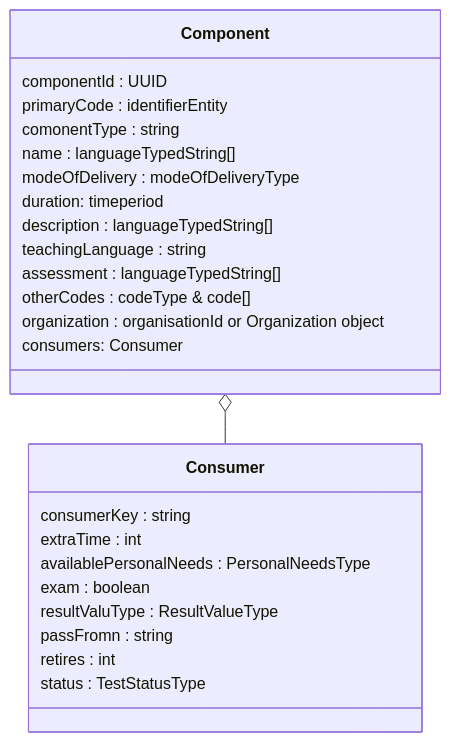
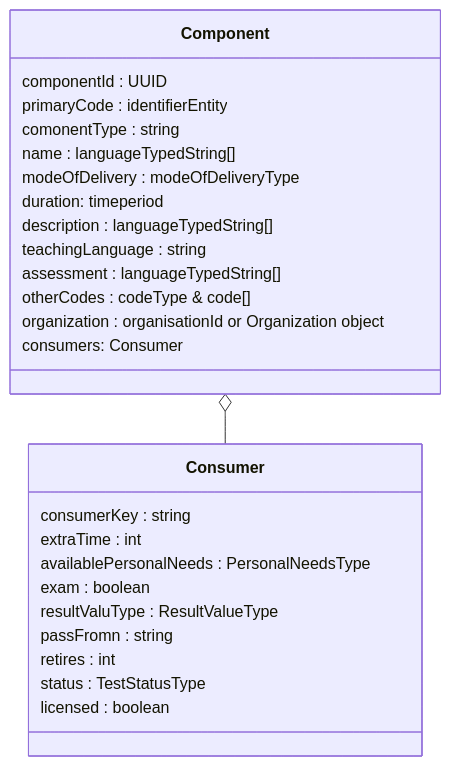
One commit to NetwerkExamineringDigitalisering/NED-OOAPI changed the second of 3 diagrams in doc/flow0.md. Above: the diagram before and after it, drawn with Mermaid.

Commit message:
Update flow0.md
Added attribute licensed

````diff
--- a/doc/flow0.md
+++ b/doc/flow0.md
@@ -18,28 +18,29 @@
 ```mermaid
 classDiagram
     class Component {
     	componentId : UUID
 	primaryCode : identifierEntity
 	comonentType : string
 	name : languageTypedString[]
 	modeOfDelivery : modeOfDeliveryType
     duration: timeperiod
 	description : languageTypedString[]
 	teachingLanguage : string
 	assessment : languageTypedString[]
 	otherCodes : codeType & code[]
 	organization : organisationId or Organization object
     consumers: Consumer
     }
     class Consumer {
     	consumerKey : string
 	extraTime : int
 	availablePersonalNeeds : PersonalNeedsType
 	exam : boolean
 	resultValuType : ResultValueType
 	passFromn : string
 	retires : int
 	status : TestStatusType
+	licensed : boolean
     }
     Component o-- Consumer
 ```
````
